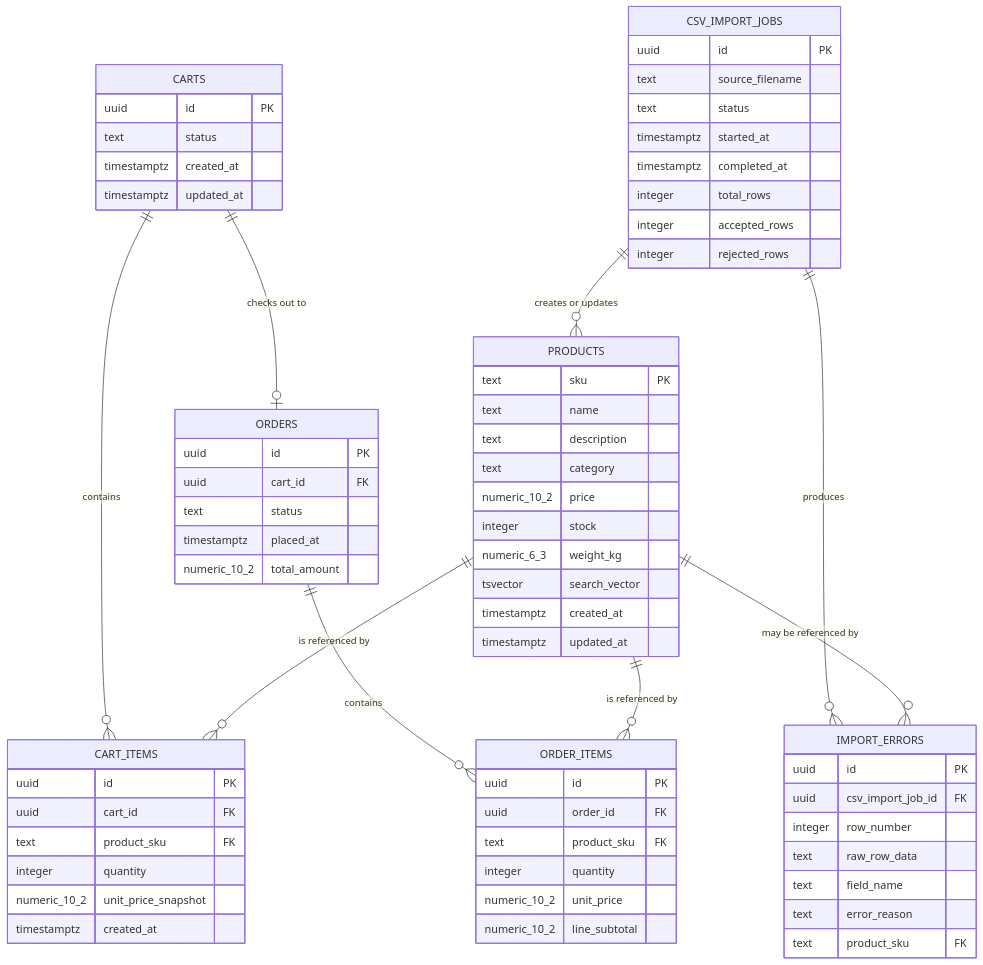
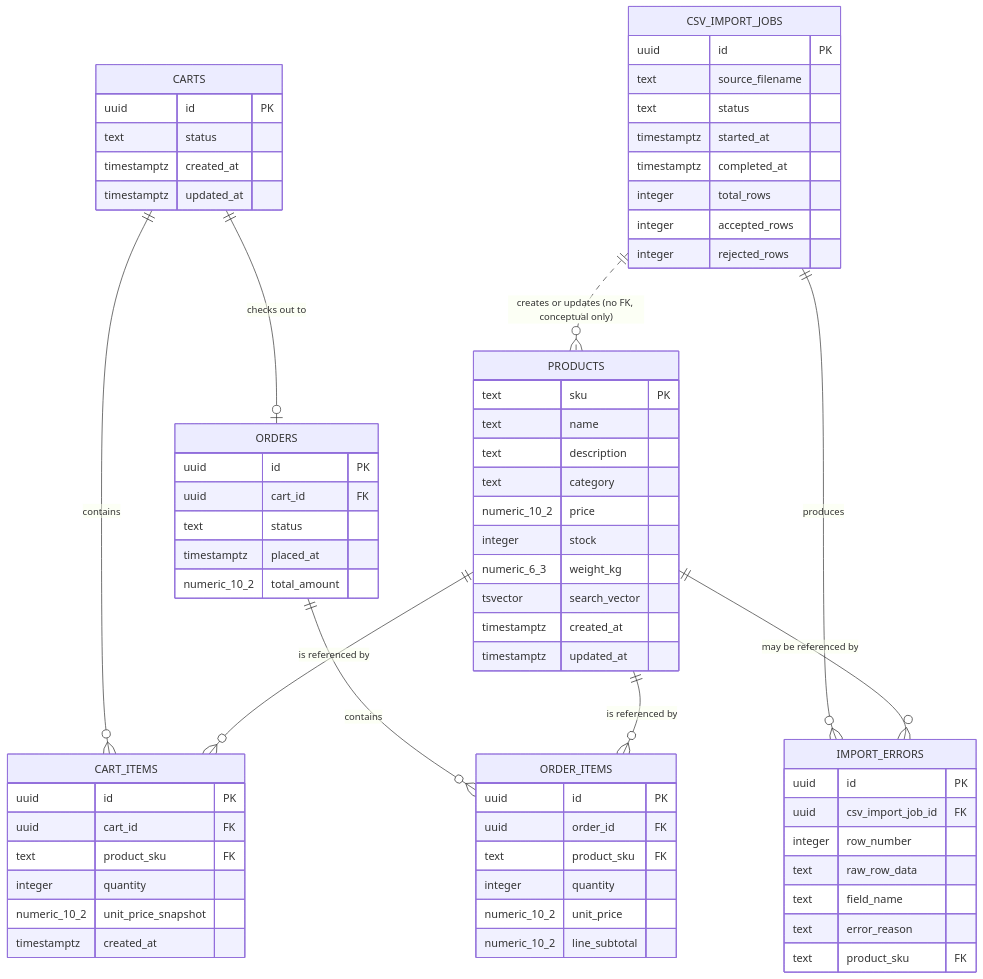
The diagram in docs/architecture/data-model.md (virgenherrera/GILA_SOFTWARE_CHALLENGE), drawn with Mermaid before and after one commit. The commit also changed other lines of this file and 15 other files, not shown here.

````diff
--- a/docs/architecture/data-model.md
+++ b/docs/architecture/data-model.md
@@ -250,72 +262,72 @@
 ```mermaid
 erDiagram
     PRODUCTS {
         text sku PK
         text name
         text description
         text category
         numeric_10_2 price
         integer stock
         numeric_6_3 weight_kg
         tsvector search_vector
         timestamptz created_at
         timestamptz updated_at
     }
     CARTS {
         uuid id PK
         text status
         timestamptz created_at
         timestamptz updated_at
     }
     CART_ITEMS {
         uuid id PK
         uuid cart_id FK
         text product_sku FK
         integer quantity
         numeric_10_2 unit_price_snapshot
         timestamptz created_at
     }
     ORDERS {
         uuid id PK
         uuid cart_id FK
         text status
         timestamptz placed_at
         numeric_10_2 total_amount
     }
     ORDER_ITEMS {
         uuid id PK
         uuid order_id FK
         text product_sku FK
         integer quantity
         numeric_10_2 unit_price
         numeric_10_2 line_subtotal
     }
     CSV_IMPORT_JOBS {
         uuid id PK
         text source_filename
         text status
         timestamptz started_at
         timestamptz completed_at
         integer total_rows
         integer accepted_rows
         integer rejected_rows
     }
     IMPORT_ERRORS {
         uuid id PK
         uuid csv_import_job_id FK
         integer row_number
         text raw_row_data
         text field_name
         text error_reason
         text product_sku FK
     }
 
     CARTS ||--o{ CART_ITEMS : contains
     PRODUCTS ||--o{ CART_ITEMS : "is referenced by"
     CARTS ||--o| ORDERS : "checks out to"
     ORDERS ||--o{ ORDER_ITEMS : contains
     PRODUCTS ||--o{ ORDER_ITEMS : "is referenced by"
     CSV_IMPORT_JOBS ||--o{ IMPORT_ERRORS : produces
-    CSV_IMPORT_JOBS ||--o{ PRODUCTS : "creates or updates"
+    CSV_IMPORT_JOBS ||..o{ PRODUCTS : "creates or updates (no FK, conceptual only)"
     PRODUCTS ||--o{ IMPORT_ERRORS : "may be referenced by"
 ```
````
